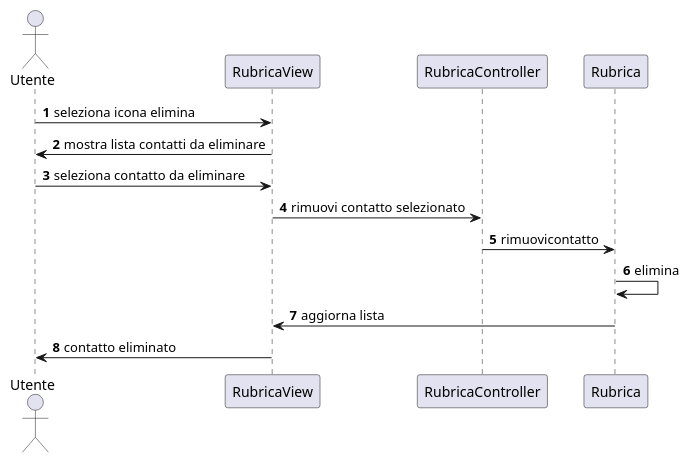
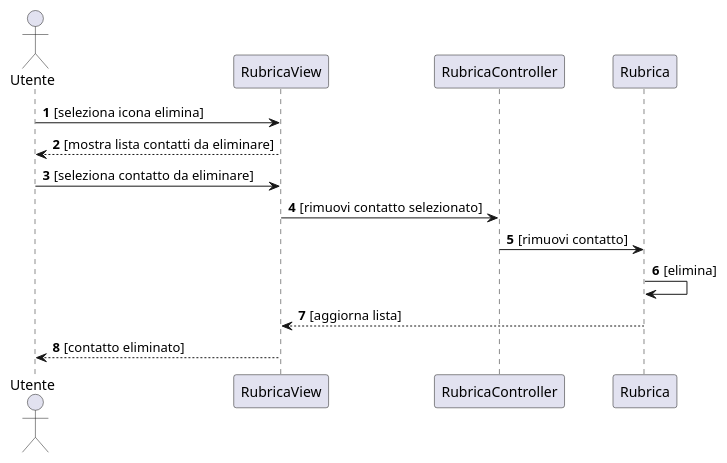
One commit to emanueletocci/uni-swe-project changed the diagram in docs/bozze/Diagrammi/Sequenza/ScenarioRimuoviContatto.puml. Above: the diagram before and after it, drawn with PlantUML. The commit also changed 3 other files, not shown here.

```diff
--- a/docs/bozze/Diagrammi/Sequenza/ScenarioRimuoviContatto.puml
+++ b/docs/bozze/Diagrammi/Sequenza/ScenarioRimuoviContatto.puml
@@ -1,16 +1,15 @@
 @startuml Rimozione contatto
 autonumber
 actor Utente
 participant RubricaView
 participant RubricaController
 participant Rubrica
-
-Utente -> RubricaView : seleziona icona elimina
-RubricaView->Utente: mostra lista contatti da eliminare
-Utente->RubricaView: seleziona contatto da eliminare 
-RubricaView->RubricaController: rimuovi contatto selezionato
-RubricaController->Rubrica: rimuovicontatto
-Rubrica->Rubrica: elimina
-Rubrica->RubricaView: aggiorna lista
-RubricaView ->Utente: contatto eliminato
+Utente -> RubricaView: [seleziona icona elimina]
+RubricaView --> Utente: [mostra lista contatti da eliminare]
+Utente -> RubricaView: [seleziona contatto da eliminare]
+RubricaView -> RubricaController: [rimuovi contatto selezionato]
+RubricaController -> Rubrica: [rimuovi contatto]
+Rubrica -> Rubrica: [elimina]
+Rubrica --> RubricaView: [aggiorna lista]
+RubricaView --> Utente: [contatto eliminato]
 @enduml
```
